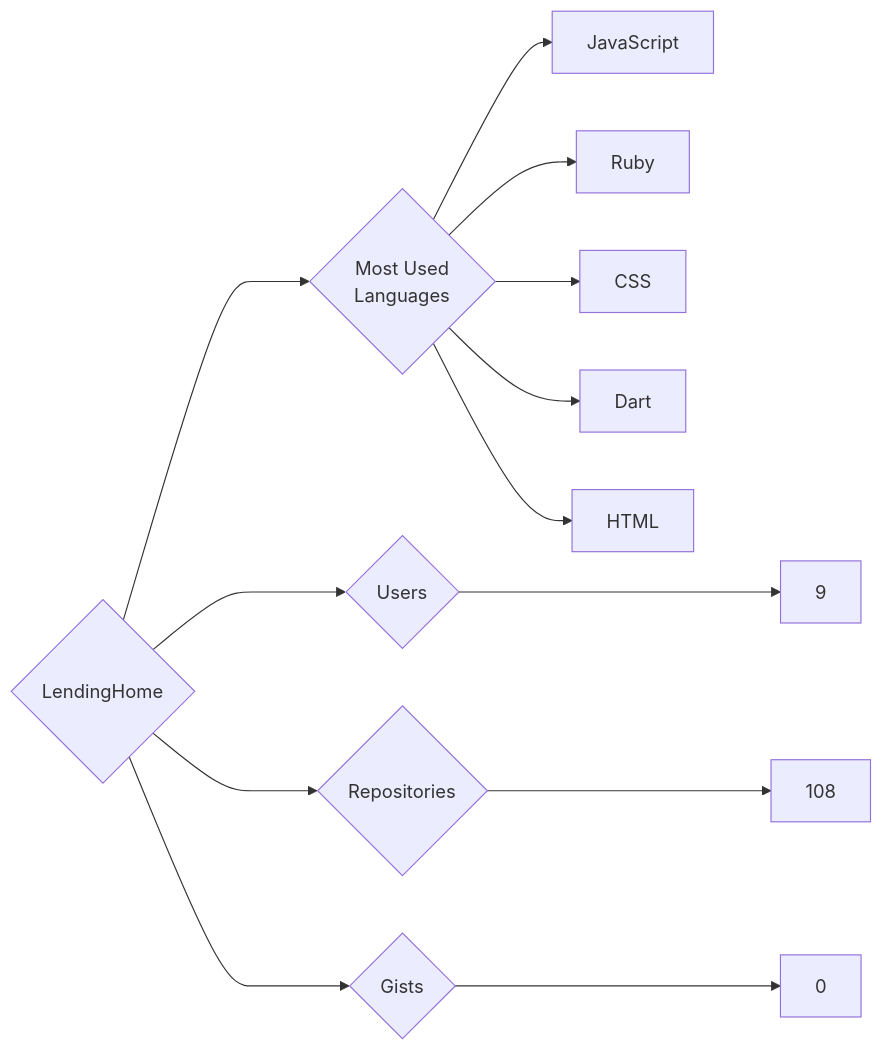
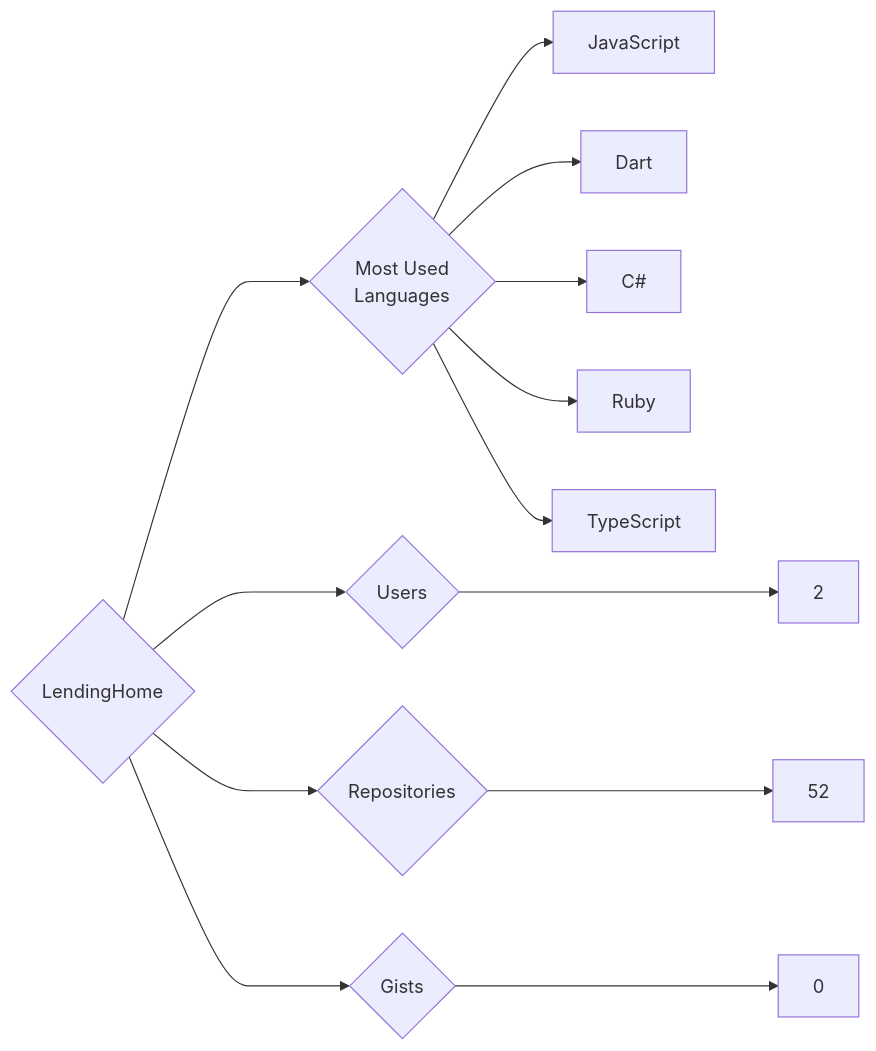
Before and after one commit to trickest/insiders: the diagram in targets/LendingHome/README.md, drawn with Mermaid. The commit also changed 951 other files, not shown here.

````diff
--- a/targets/LendingHome/README.md
+++ b/targets/LendingHome/README.md
@@ -3,13 +3,13 @@
 ```mermaid
 graph LR
 COMPANY_NAME{LendingHome}
-COMPANY_NAME ---> U{Users} ---> UN[9]
-COMPANY_NAME ---> R{Repositories} ---> RN[108]
+COMPANY_NAME ---> U{Users} ---> UN[2]
+COMPANY_NAME ---> R{Repositories} ---> RN[52]
 COMPANY_NAME ---> G{Gists} ---> GN[0]
 COMPANY_NAME ---> ML{Most Used<br>Languages}
-ML --> JavaScript
-ML --> Ruby
-ML --> CSS
-ML --> Dart
-ML --> HTML
+ML --> JavaScript[JavaScript]
+ML --> Dart[Dart]
+ML --> C#[C#]
+ML --> Ruby[Ruby]
+ML --> TypeScript[TypeScript]
 ```
````
